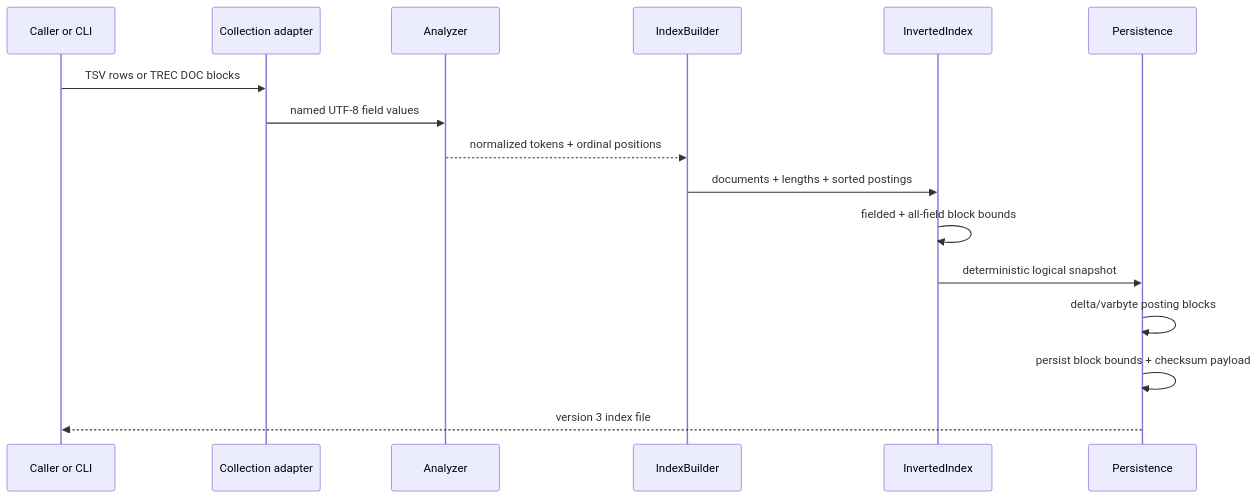
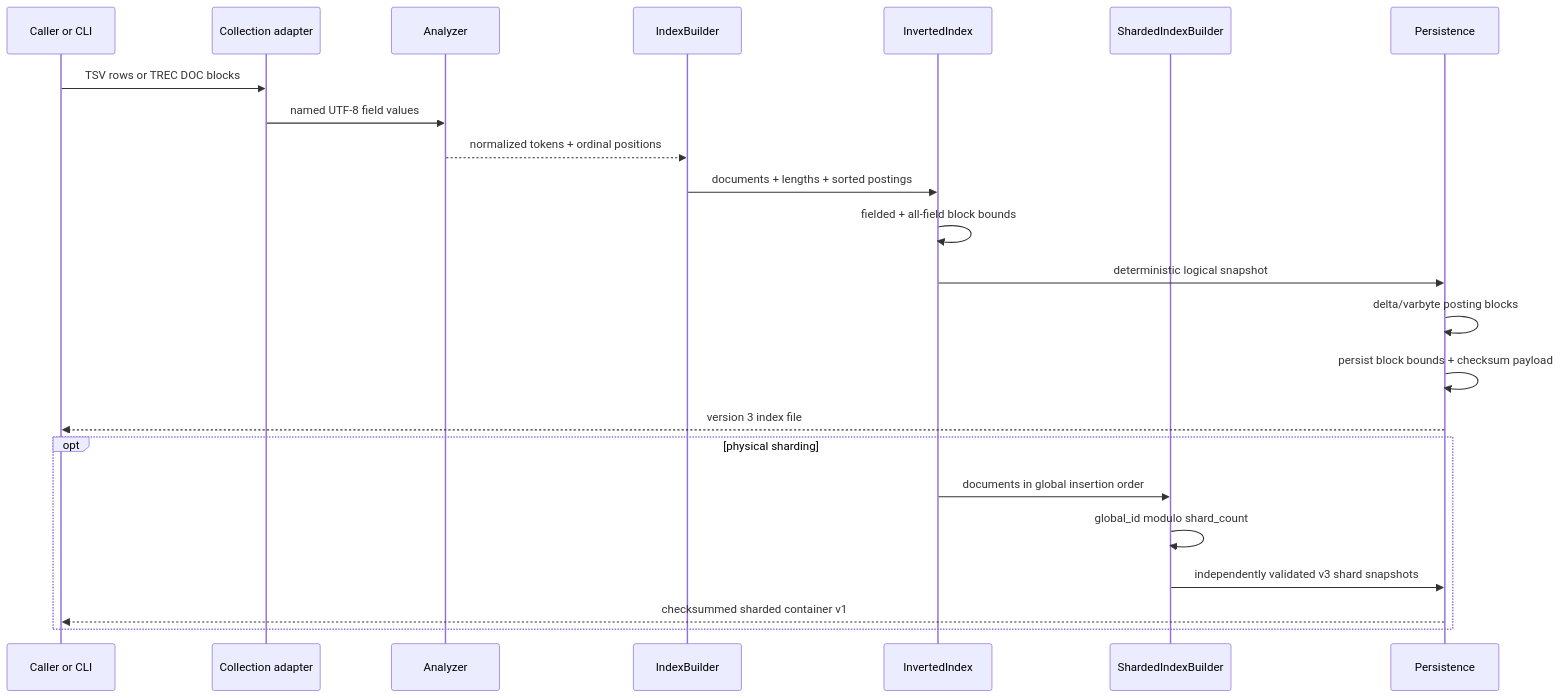
The first of 2 diagrams in docs/architecture.md (appleweiping/IndexSail), drawn with Mermaid before and after one commit. The commit also changed other lines of this file and 19 other files, not shown here.

````diff
--- a/docs/architecture.md
+++ b/docs/architecture.md
@@ -21,19 +22,26 @@
 ```mermaid
 sequenceDiagram
     participant U as Caller or CLI
     participant A as Collection adapter
     participant N as Analyzer
     participant B as IndexBuilder
     participant I as InvertedIndex
+    participant S as ShardedIndexBuilder
     participant P as Persistence
 
     U->>A: TSV rows or TREC DOC blocks
     A->>N: named UTF-8 field values
     N-->>B: normalized tokens + ordinal positions
     B->>I: documents + lengths + sorted postings
     I->>I: fielded + all-field block bounds
     I->>P: deterministic logical snapshot
     P->>P: delta/varbyte posting blocks
     P->>P: persist block bounds + checksum payload
     P-->>U: version 3 index file
+    opt physical sharding
+        I->>S: documents in global insertion order
+        S->>S: global_id modulo shard_count
+        S->>P: independently validated v3 shard snapshots
+        P-->>U: checksummed sharded container v1
+    end
 ```
````
